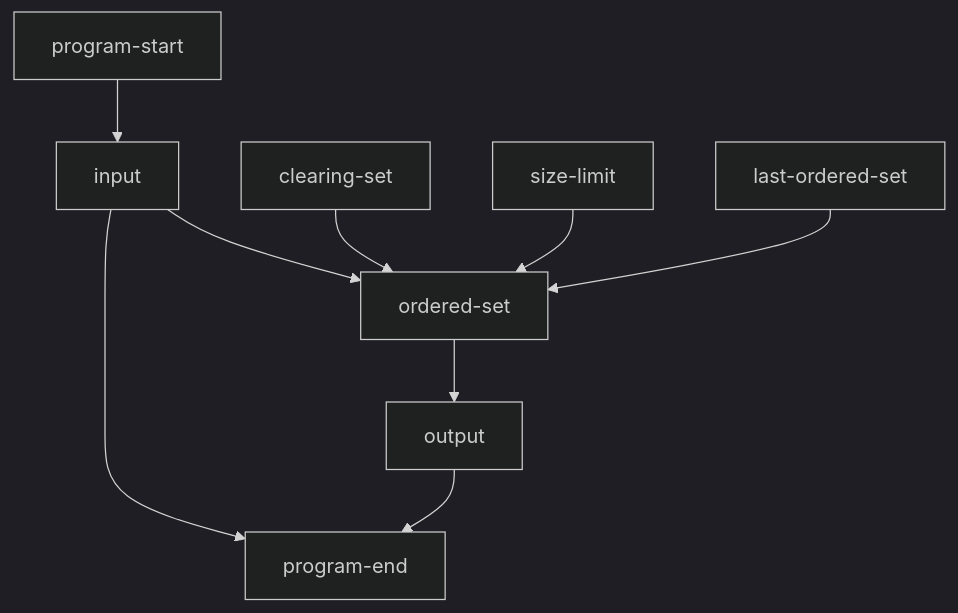
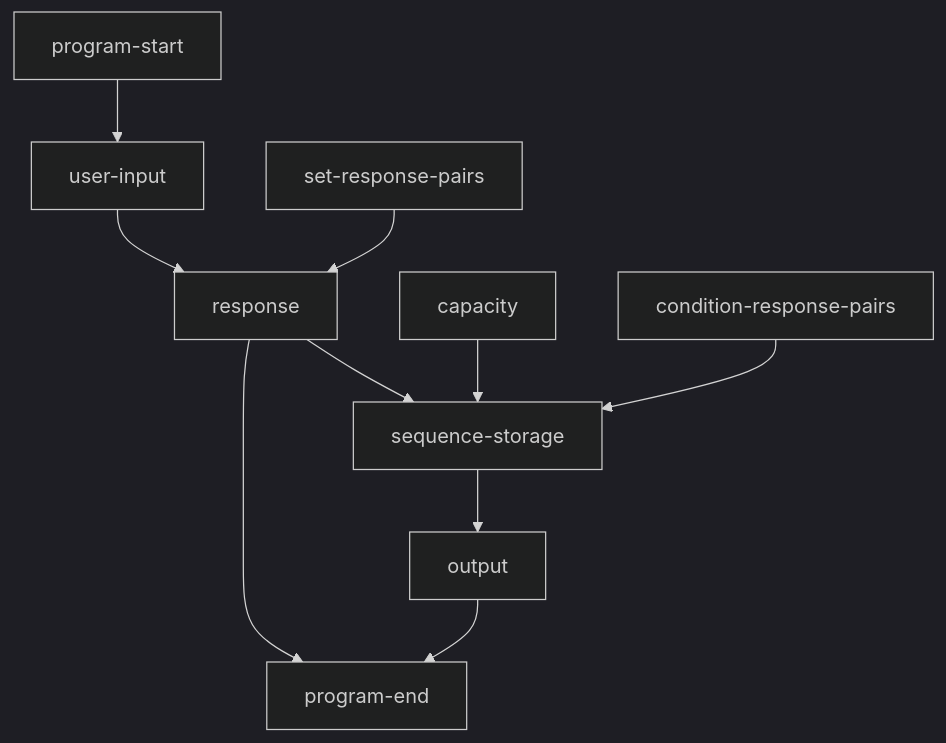
The first of 3 diagrams in obsidian docs/redesign - The game's requirements/standard.md (OdedYanovich/Tinkering), drawn with Mermaid (dark theme) before and after one commit. The commit also changed other lines of this file, not shown here.

````diff
--- a/obsidian docs/redesign - The game's requirements/standard.md
+++ b/obsidian docs/redesign - The game's requirements/standard.md
@@ -60,8 +3,7 @@
 ```mermaid
 flowchart TD 
-	program-start --> input --> ordered-set --> output --> program-end 
-	input --> program-end 
-	clearing-set --> ordered-set
-	size-limit --> ordered-set
-	last-ordered-set --> ordered-set
+	program-start --> user-input --> response --> sequence-storage --> output --> program-end 
+	set-response-pairs --> response --> program-end
+	capacity --> sequence-storage
+	condition-response-pairs --> sequence-storage
 ``` 
````
